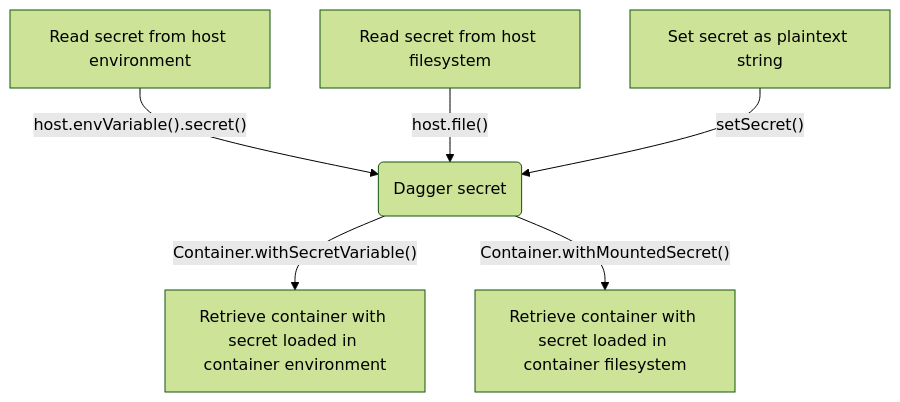
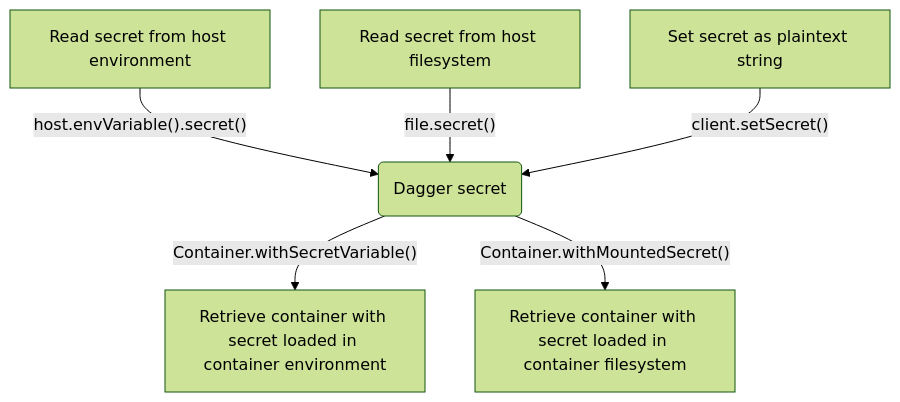
One commit to dagger/dagger changed the diagram in docs/current/guides/723462-use-secrets.md. Above: the diagram before and after it, drawn with Mermaid (forest theme). The commit also changed 1 other file, not shown here.

Commit message:
Updated diagram

````diff
--- a/docs/current/guides/723462-use-secrets.md
+++ b/docs/current/guides/723462-use-secrets.md
@@ -33,8 +33,8 @@
 ```mermaid
 graph TD
     A[Read secret from host environment] -->|"host.envVariable().secret()"| B(Dagger secret)
-    C[Read secret from host filesystem] -->|"host.file()"| B(Dagger secret)
-    D[Set secret as plaintext string] -->|"setSecret()"| B(Dagger secret)
+    C[Read secret from host filesystem] -->|"file.secret()"| B(Dagger secret)
+    D[Set secret as plaintext string] -->|"client.setSecret()"| B(Dagger secret)
     B -->|"Container.withSecretVariable()"|E[Retrieve container with secret loaded in container environment]
     B -->|"Container.withMountedSecret()"|F[Retrieve container with secret loaded in container filesystem]
 ```
````
